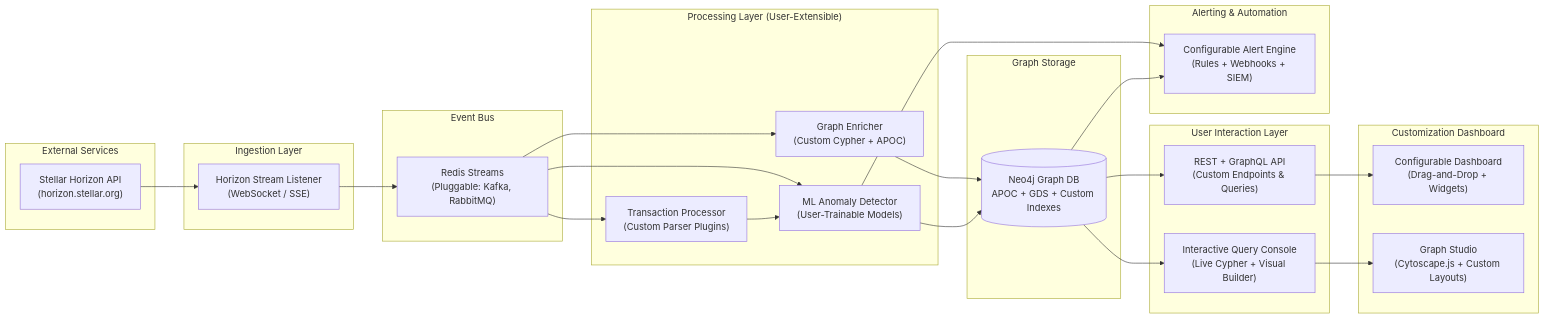
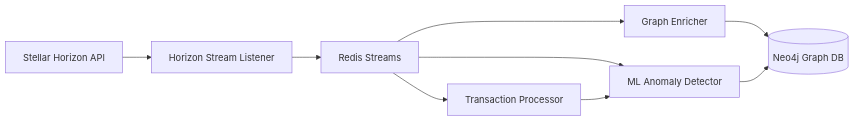
The diagram in README.md (JavadTorabiKh/StellarChainAnalysis), drawn with Mermaid before and after one commit.

````diff
--- a/README.md
+++ b/README.md
@@ -30,62 +30,11 @@
 ```mermaid
 graph LR
-    %% External Services
-    subgraph External["External Services"]
-        H["Stellar Horizon API\n(horizon.stellar.org)"]
-    end
-
-    %% Ingestion Layer
-    subgraph Ingestion["Ingestion Layer"]
-        I["Horizon Stream Listener\n(WebSocket / SSE)"]
-    end
-
-    %% Messaging
-    subgraph Messaging["Event Bus"]
-        K["Redis Streams\n(Pluggable: Kafka, RabbitMQ)"]
-    end
-
-    %% Processing Layer
-    subgraph Processing["Processing Layer (User-Extensible)"]
-        P["Transaction Processor\n(Custom Parser Plugins)"]
-        G["Graph Enricher\n(Custom Cypher + APOC)"]
-        M["ML Anomaly Detector\n(User-Trainable Models)"]
-    end
-
-    %% Storage
-    subgraph Storage["Graph Storage"]
-        N[(Neo4j Graph DB\nAPOC + GDS + Custom Indexes)]
-    end
-
-    %% API & Interaction
-    subgraph API["User Interaction Layer"]
-        A["REST + GraphQL API\n(Custom Endpoints & Queries)"]
-        Q["Interactive Query Console\n(Live Cypher + Visual Builder)"]
-    end
-
-    %% Frontend
-    subgraph Frontend["Customization Dashboard"]
-        D["Configurable Dashboard\n(Drag-and-Drop + Widgets)"]
-        C["Graph Studio\n(Cytoscape.js + Custom Layouts)"]
-    end
-
-    %% Alerting
-    subgraph Alerting["Alerting & Automation"]
-        S["Configurable Alert Engine\n(Rules + Webhooks + SIEM)"]
-    end
-
-    %% Data Flow
-    H --> I
-    I --> K
-    K --> P
-    K --> G
-    K --> M
+    H["Stellar Horizon API"] --> I["Horizon Stream Listener"]
+    I --> K["Redis Streams"]
+    K --> P["Transaction Processor"]
+    K --> G["Graph Enricher"]
+    K --> M["ML Anomaly Detector"]
     P --> M
-    G --> N
+    G --> N[("Neo4j Graph DB")]
     M --> N
-    N --> A
-    N --> Q
-    A --> D
-    Q --> C
-    M --> S
-    N --> S
 ```
````
